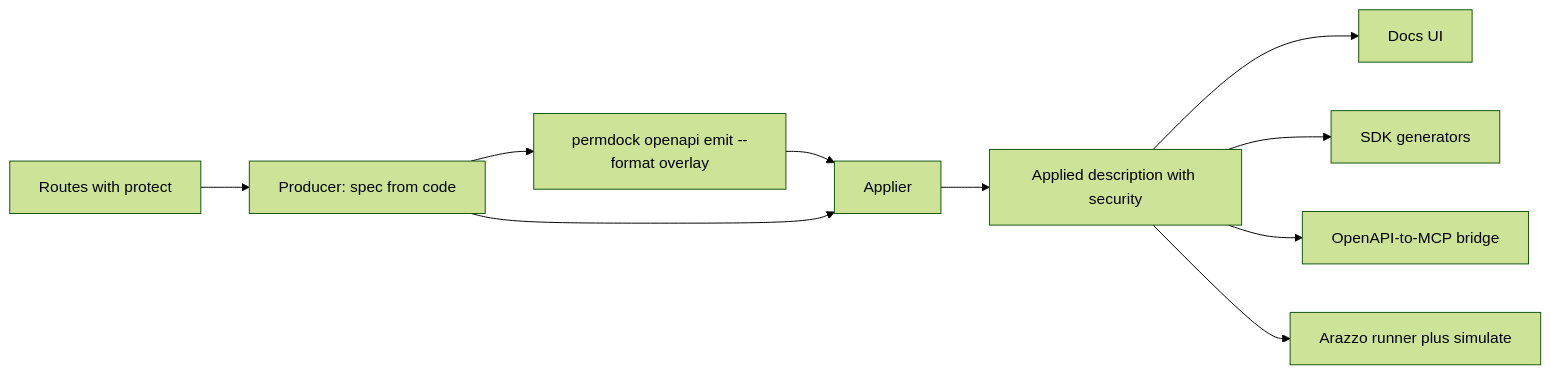
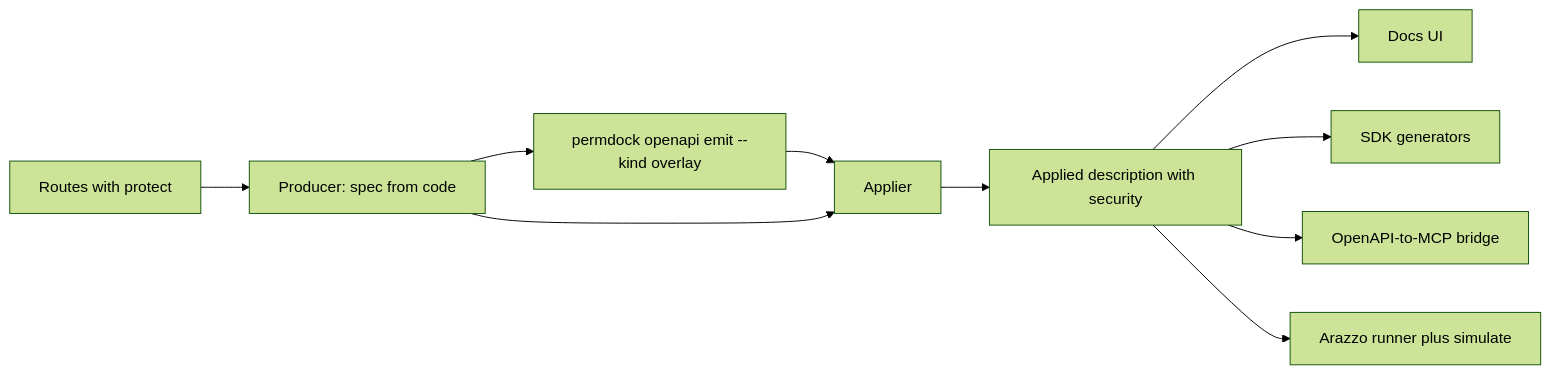
One commit to ScaleDockHQ/permdock changed the diagram in apps/docs/content/docs/adapters/openapi.mdx. Above: the diagram before and after it, drawn with Mermaid (forest theme). The commit also changed other lines of this file and 56 other files, not shown here.

````diff
--- a/apps/docs/content/docs/adapters/openapi.mdx
+++ b/apps/docs/content/docs/adapters/openapi.mdx
@@ -16,22 +16,22 @@
 ```mermaid
 flowchart LR
   routes[Routes with protect]
   producer[Producer: spec from code]
-  emit[permdock openapi emit --format overlay]
+  emit[permdock openapi emit --kind overlay]
   applier[Applier]
   applied[Applied description with security]
   docs[Docs UI]
   sdk[SDK generators]
   bridge[OpenAPI-to-MCP bridge]
   arazzo[Arazzo runner plus simulate]
 
   routes --> producer
   producer --> emit
   emit --> applier
   producer --> applier
   applier --> applied
   applied --> docs
   applied --> sdk
   applied --> bridge
   applied --> arazzo
 ```
````
